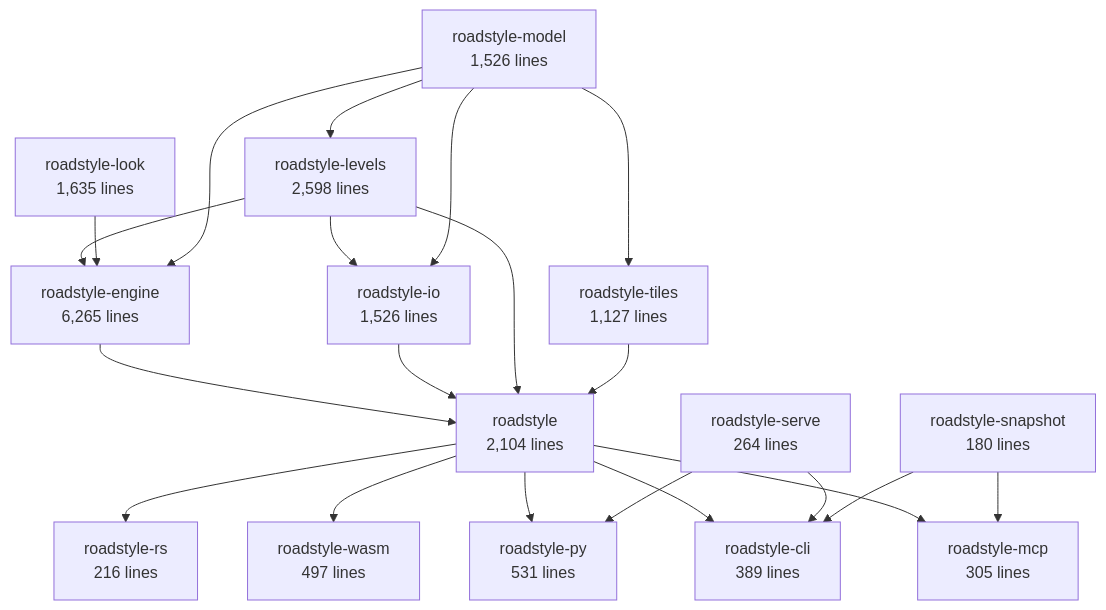
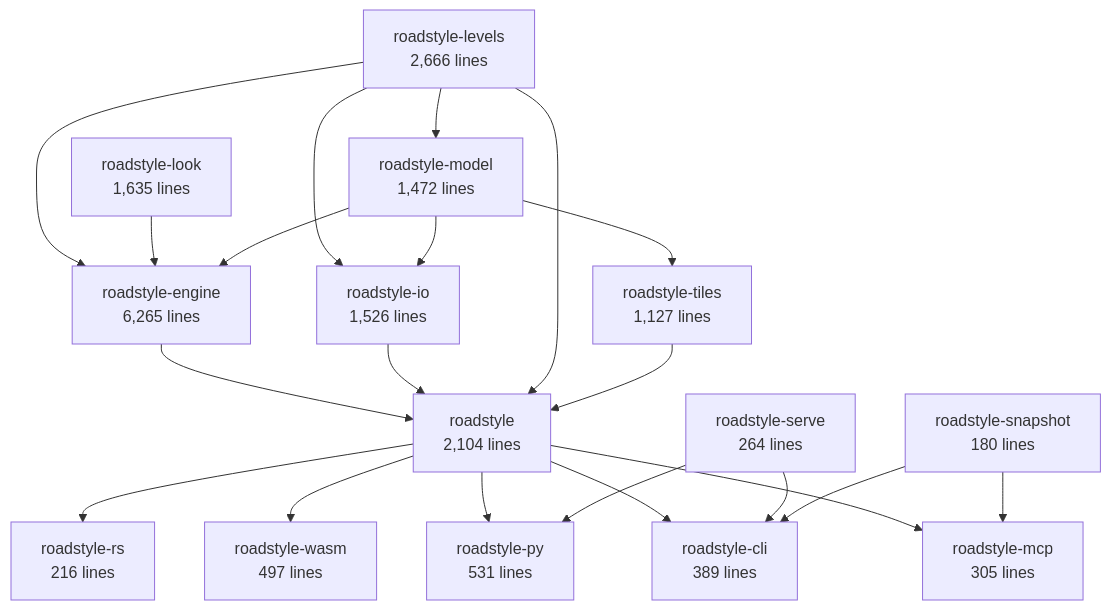
One commit to Khoshkhah/roadstyle changed the second of 6 diagrams in docs/rust/architecture.md. Above: the diagram before and after it, drawn with Mermaid. The commit also changed other lines of this file and 9 other files, not shown here.

First line of the commit message:
roadstyle-levels is a leaf: rstar and sha2 only (audit N26)

````diff
--- a/docs/rust/architecture.md
+++ b/docs/rust/architecture.md
@@ -70,37 +70,37 @@
 ```mermaid
 flowchart TB
-    roadstyle_model["roadstyle-model<br/>1,526 lines"]
+    roadstyle_model["roadstyle-model<br/>1,472 lines"]
     roadstyle_look["roadstyle-look<br/>1,635 lines"]
     roadstyle_io["roadstyle-io<br/>1,526 lines"]
-    roadstyle_levels["roadstyle-levels<br/>2,598 lines"]
+    roadstyle_levels["roadstyle-levels<br/>2,666 lines"]
     roadstyle_engine["roadstyle-engine<br/>6,265 lines"]
     roadstyle_tiles["roadstyle-tiles<br/>1,127 lines"]
     roadstyle["roadstyle<br/>2,104 lines"]
     roadstyle_rs["roadstyle-rs<br/>216 lines"]
     roadstyle_wasm["roadstyle-wasm<br/>497 lines"]
     roadstyle_py["roadstyle-py<br/>531 lines"]
     roadstyle_cli["roadstyle-cli<br/>389 lines"]
     roadstyle_mcp["roadstyle-mcp<br/>305 lines"]
     roadstyle_serve["roadstyle-serve<br/>264 lines"]
     roadstyle_snapshot["roadstyle-snapshot<br/>180 lines"]
+    roadstyle_levels --> roadstyle_model
     roadstyle_levels --> roadstyle_io
     roadstyle_model --> roadstyle_io
-    roadstyle_model --> roadstyle_levels
     roadstyle_levels --> roadstyle_engine
     roadstyle_look --> roadstyle_engine
     roadstyle_model --> roadstyle_engine
     roadstyle_model --> roadstyle_tiles
     roadstyle_engine --> roadstyle
     roadstyle_io --> roadstyle
     roadstyle_levels --> roadstyle
     roadstyle_tiles --> roadstyle
     roadstyle --> roadstyle_rs
     roadstyle --> roadstyle_wasm
     roadstyle --> roadstyle_py
     roadstyle_serve --> roadstyle_py
     roadstyle --> roadstyle_cli
     roadstyle_serve --> roadstyle_cli
     roadstyle_snapshot --> roadstyle_cli
     roadstyle --> roadstyle_mcp
     roadstyle_snapshot --> roadstyle_mcp
 ```
````
